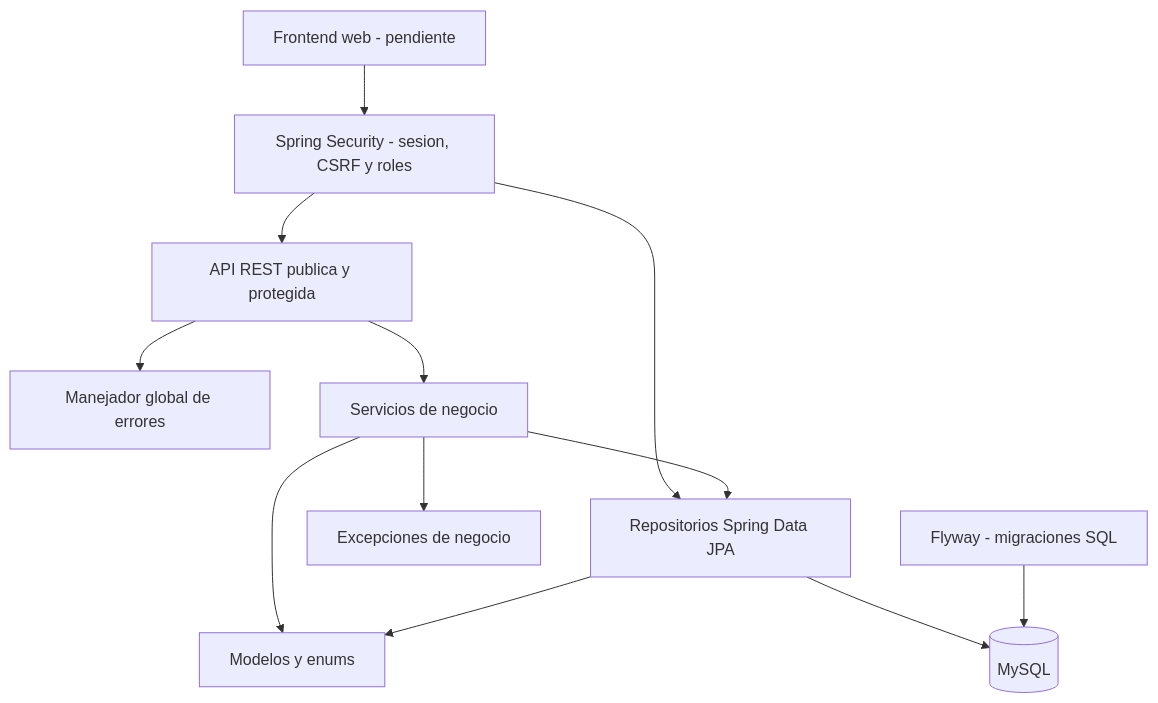
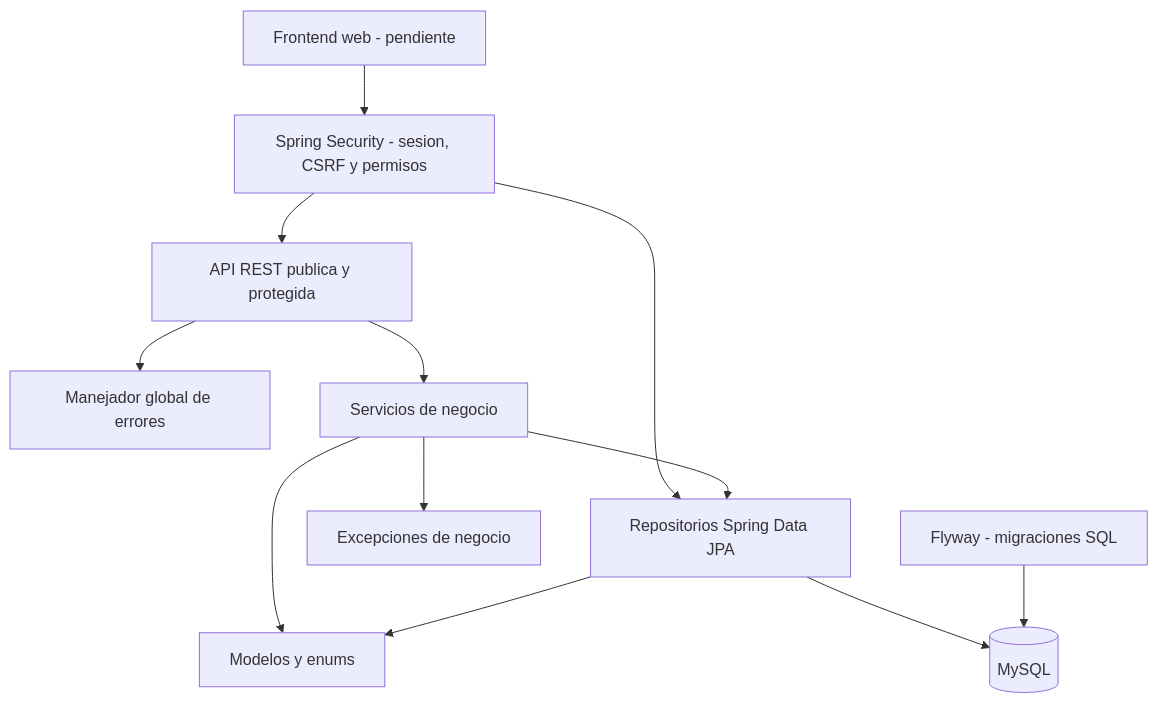
Before and after one commit to migmik/TPPrograII: the first of 3 diagrams in docs/uml-tijetravel.md, drawn with Mermaid. The commit also changed 25 other files, not shown here.

````diff
--- a/docs/uml-tijetravel.md
+++ b/docs/uml-tijetravel.md
@@ -8,25 +8,25 @@
 ```mermaid
 flowchart TB
     WEB[Frontend web - pendiente]
-    SEC[Spring Security - sesion, CSRF y roles]
+    SEC[Spring Security - sesion, CSRF y permisos]
     API[API REST publica y protegida]
     APIERR[Manejador global de errores]
     CTRL[Servicios de negocio]
     REPO[Repositorios Spring Data JPA]
     MODEL[Modelos y enums]
     ERR[Excepciones de negocio]
     MIG[Flyway - migraciones SQL]
     DB[(MySQL)]
 
     WEB --> SEC
     SEC --> API
     SEC --> REPO
     API --> CTRL
     API --> APIERR
     CTRL --> REPO
     CTRL --> MODEL
     CTRL --> ERR
     REPO --> MODEL
     REPO --> DB
     MIG --> DB
 ```
````
